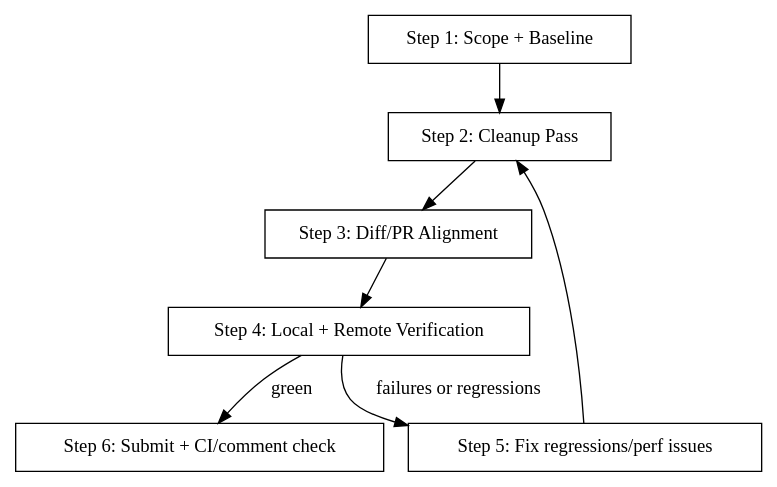
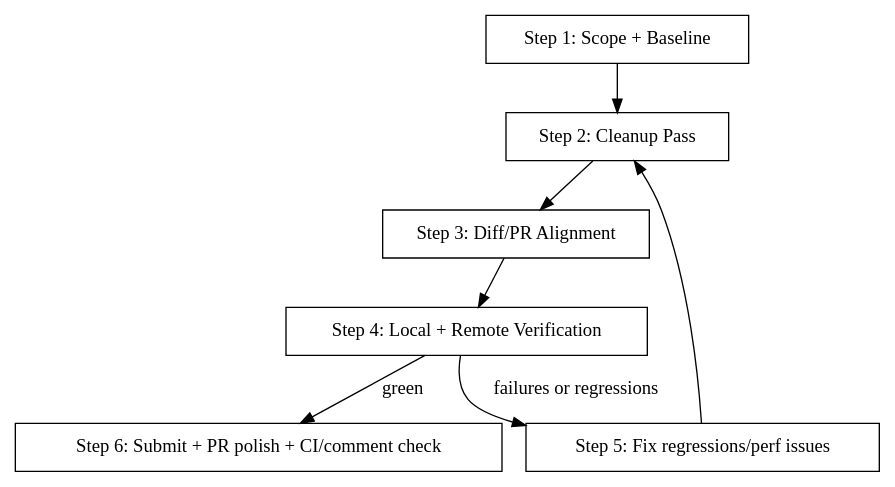
One commit to relh/metta changed the diagram in skills/cb.audit-cleanup-verify/SKILL.md. Above: the diagram before and after it, drawn with Graphviz. The commit also changed other lines of this file, not shown here.

````diff
--- a/skills/cb.audit-cleanup-verify/SKILL.md
+++ b/skills/cb.audit-cleanup-verify/SKILL.md
@@ -20,18 +23,18 @@
 ```dot
 digraph audit_cleanup_verify {
   rankdir=TB;
   node [shape=box];
 
   scope [label="Step 1: Scope + Baseline"];
   cleanup [label="Step 2: Cleanup Pass"];
   align [label="Step 3: Diff/PR Alignment"];
   verify [label="Step 4: Local + Remote Verification"];
   fix [label="Step 5: Fix regressions/perf issues"];
-  ship [label="Step 6: Submit + CI/comment check"];
+  ship [label="Step 6: Submit + PR polish + CI/comment check"];
 
   scope -> cleanup -> align -> verify;
   verify -> fix [label="failures or regressions"];
   fix -> cleanup;
   verify -> ship [label="green"];
 }
 ```
````
